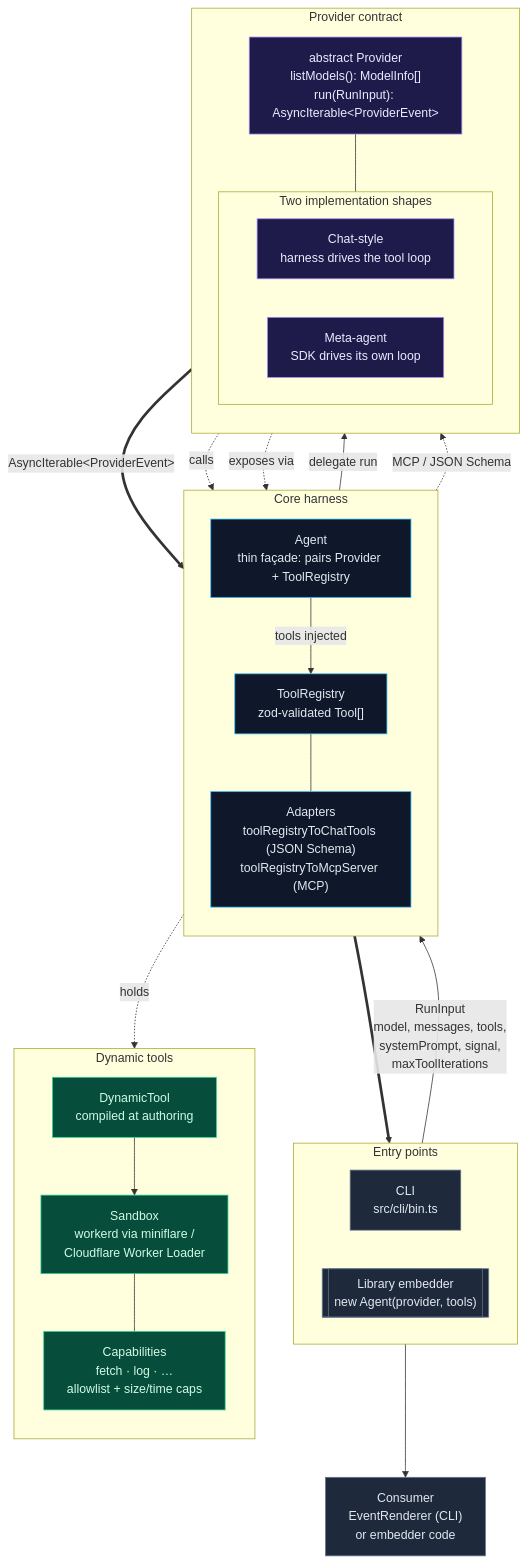
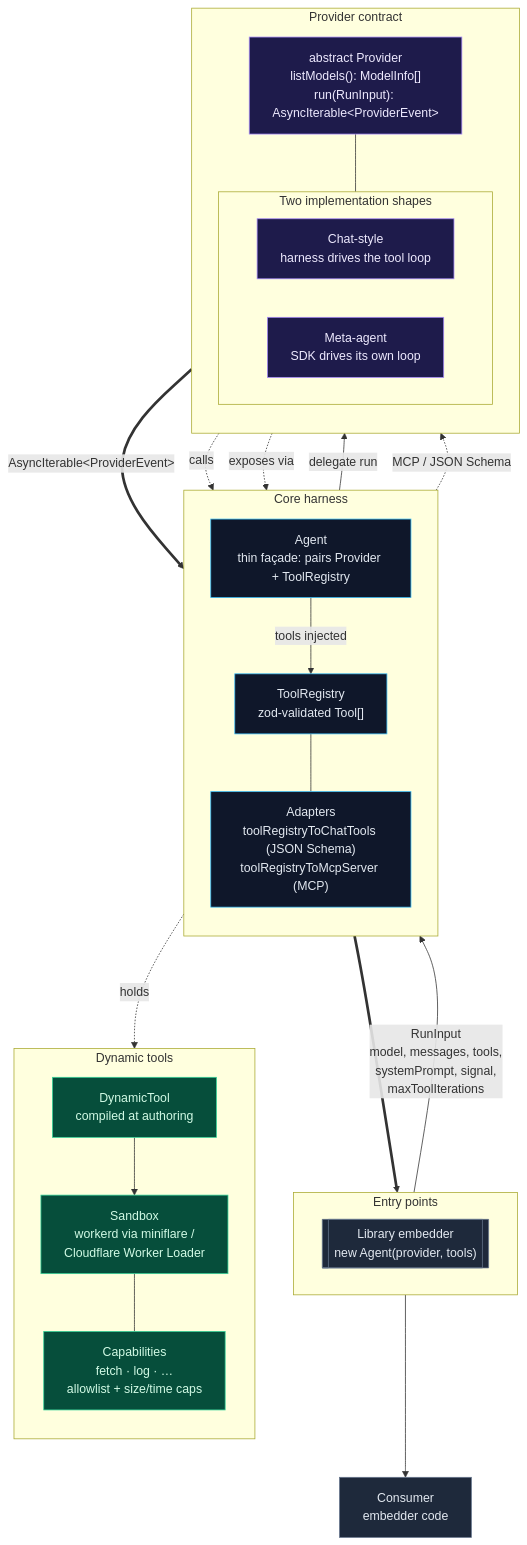
The first of 3 diagrams in docs/architecture.md (ambiently-work/agent-sdk), drawn with Mermaid before and after one commit. The commit also changed other lines of this file and 10 other files, not shown here.

````diff
--- a/docs/architecture.md
+++ b/docs/architecture.md
@@ -5,59 +5,57 @@
 ```mermaid
 flowchart TB
     subgraph Entry["Entry points"]
-        direction LR
-        CLI["CLI<br/>src/cli/bin.ts"]
         Lib[["Library embedder<br/>new Agent(provider, tools)"]]
     end
 
     subgraph Core["Core harness"]
         direction TB
         Agent["Agent<br/>thin façade: pairs Provider + ToolRegistry"]
         Registry["ToolRegistry<br/>zod-validated Tool[]"]
         Adapters["Adapters<br/>toolRegistryToChatTools (JSON Schema)<br/>toolRegistryToMcpServer (MCP)"]
         Registry --- Adapters
     end
 
     subgraph Dynamic["Dynamic tools"]
         direction TB
         DT["DynamicTool<br/>compiled at authoring"]
         SB["Sandbox<br/>workerd via miniflare /<br/>Cloudflare Worker Loader"]
         Caps["Capabilities<br/>fetch · log · …<br/>allowlist + size/time caps"]
         DT --> SB
         SB --- Caps
     end
     Registry -.holds.-> DT
 
     subgraph P["Provider contract"]
         direction TB
         PA["abstract Provider<br/>listModels(): ModelInfo[]<br/>run(RunInput): AsyncIterable&lt;ProviderEvent&gt;"]
         subgraph Shapes["Two implementation shapes"]
             direction LR
             Chat["Chat-style<br/>harness drives the tool loop"]
             Meta["Meta-agent<br/>SDK drives its own loop"]
         end
         PA --- Shapes
     end
 
     Entry -->|RunInput<br/>model, messages, tools,<br/>systemPrompt, signal,<br/>maxToolIterations| Agent
     Agent -->|tools injected| Registry
     Agent -->|delegate run| PA
 
     PA ==>|AsyncIterable&lt;ProviderEvent&gt;| Agent
     Agent ==> Entry
 
     Chat -. calls .-> Registry
     Meta -. exposes via .-> Adapters
     Adapters -. MCP / JSON Schema .-> Meta
 
-    Entry --> Out["Consumer<br/>EventRenderer (CLI)<br/>or embedder code"]
+    Entry --> Out["Consumer<br/>embedder code"]
 
     classDef core fill:#0f172a,stroke:#38bdf8,color:#e2e8f0;
     classDef prov fill:#1e1b4b,stroke:#a78bfa,color:#ede9fe;
     classDef dyn fill:#064e3b,stroke:#34d399,color:#d1fae5;
     classDef entry fill:#1e293b,stroke:#64748b,color:#e2e8f0;
     class Agent,Registry,Adapters core;
     class PA,Chat,Meta prov;
     class DT,SB,Caps dyn;
-    class CLI,Lib,Out entry;
+    class Lib,Out entry;
 ```
````
